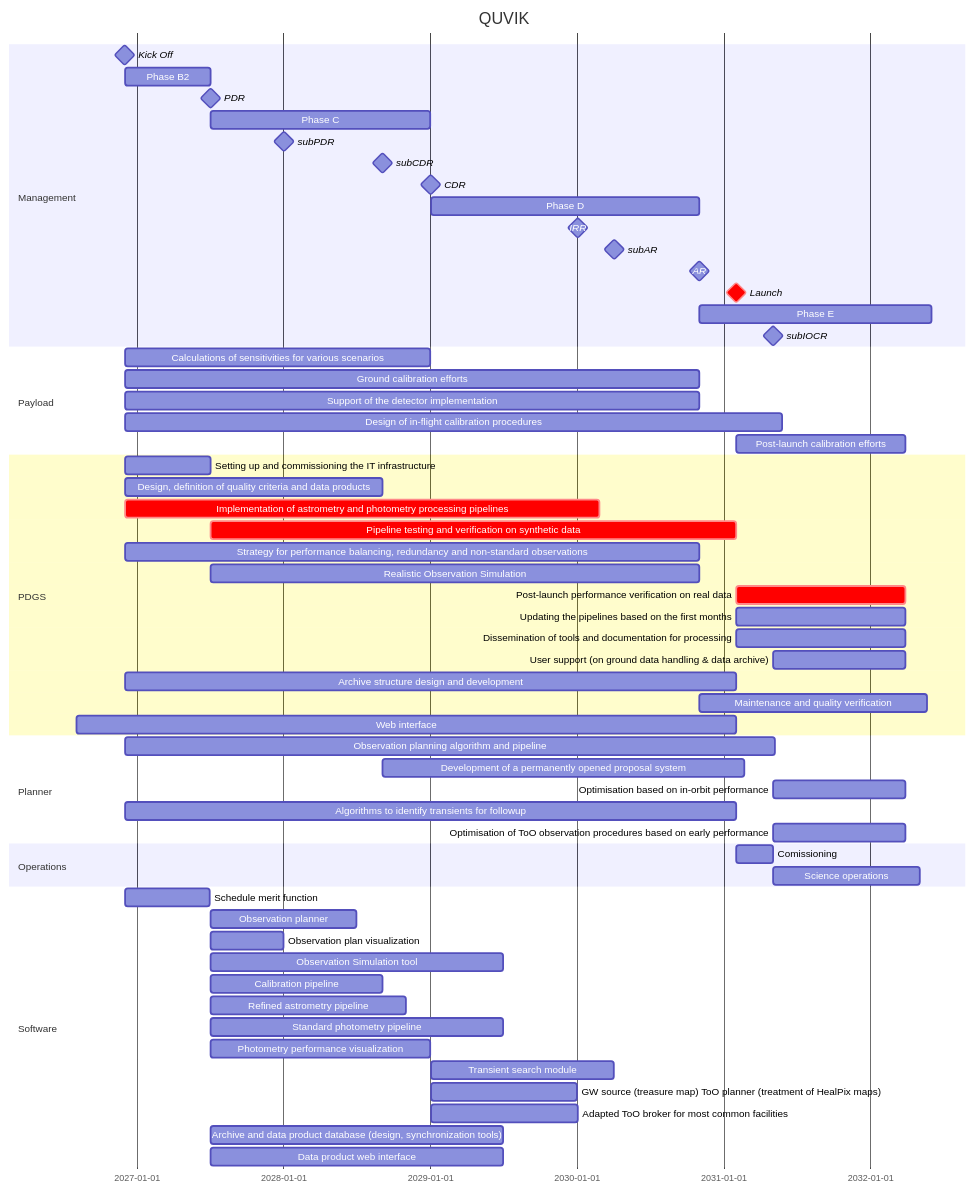
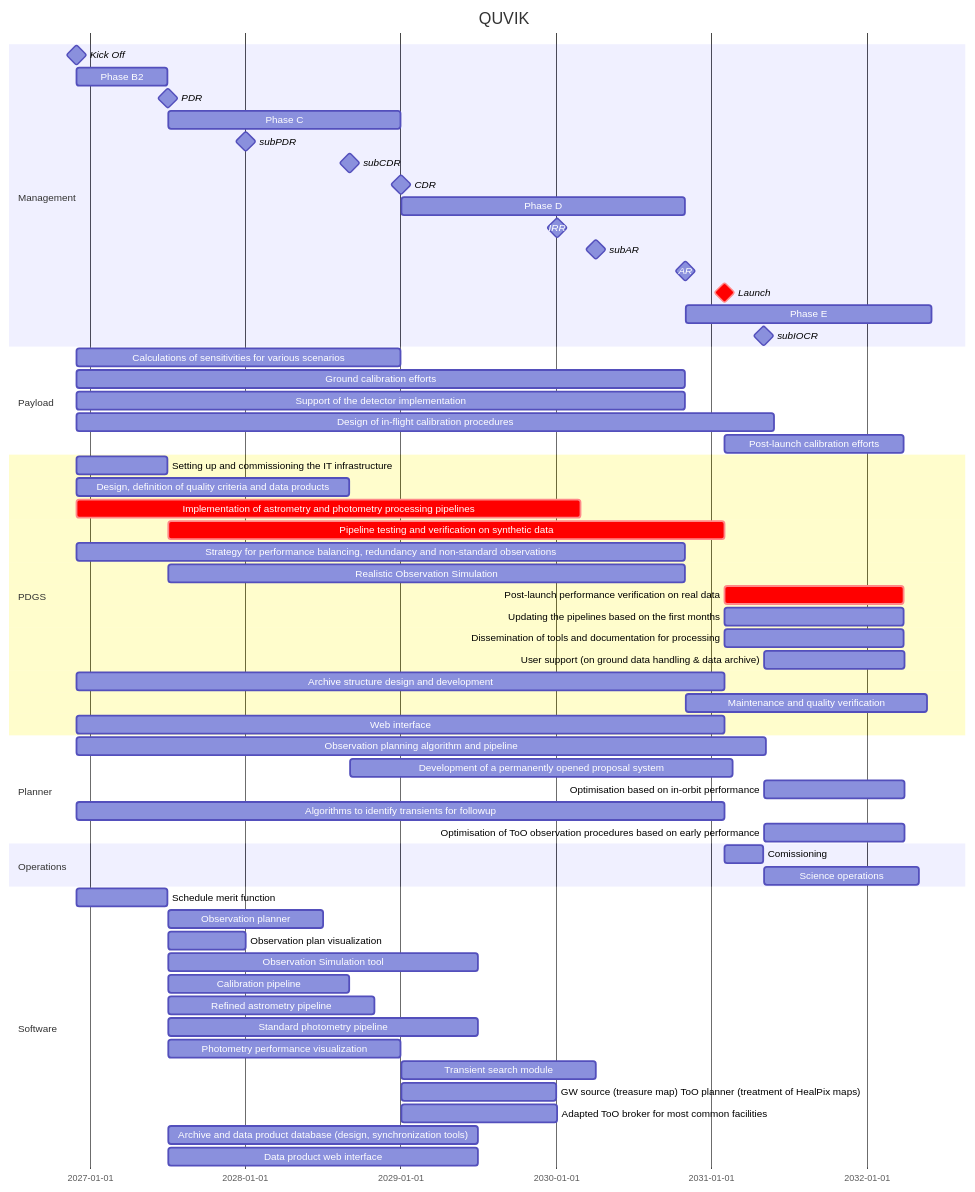
One commit to limu007/quvik changed the diagram in calib/SOC.md. Above: the diagram before and after it, drawn with Mermaid.

````diff
--- a/calib/SOC.md
+++ b/calib/SOC.md
@@ -1,68 +1,68 @@
 ```mermaid
 gantt
     title QUVIK
     dateFormat  YYYY-MM-DD
     section Management
     Kick Off : milestone, m1, 2026-12-01, 1d
     Phase B2 : b2, after m1, 213d
     PDR : milestone, pdr, after b2, 1d
     Phase C : c1, after pdr, 547d
     subPDR :  milestone, sp1, after SD-3, 1d
     subCDR :  milestone, sc1, after SD-5, 1d
     CDR : milestone, cdr, after c1, 1d
     Phase D : d1, after cdr, 668d
     IRR : milestone, irr, after SD-11, 1d
     subAR: milestone, sar, after SD-9, 1d
     AR : milestone, ar, after d1, 1d
     Launch : crit, milestone, frr, after fol, 1d
     Phase E : e1, after ar, 578d
     subIOCR : milestone, iocr, after e2, 1d
 
     section Payload
     Calculations of sensitivities for various scenarios :  after m1 , until cdr
     Ground calibration efforts :  after m1 , until ar
     Support of the detector implementation :  after m1 , until ar 
     Design of in-flight calibration procedures :  dcal, after m1 , 234w
     Post-launch calibration efforts : after frr , 420d
 
     section PDGS
     Setting up and commissioning the IT infrastructure : after m1, until pdr
     Design, definition of quality criteria and data products : 	des, after m1	, until sc1
     Implementation of astrometry and photometry processing pipelines :crit, imp, after m1 , 169w
     Pipeline testing and verification on synthetic data :crit,  pp, after pdr, until frr
     Strategy for performance balancing, redundancy and non-standard observations :  after m1 , until ar
     Realistic Observation Simulation :  after pdr , until ar
     Post-launch performance verification on real data :crit,   after frr , 420d
     Updating the pipelines based on the first months :  after frr , 420d
     Dissemination of tools and documentation for processing :  after frr , 420d
      User support (on ground data handling & data archive) :  after iocr , 330d
      Archive structure design and development :  after m1 , until frr
      Maintenance and quality verification :  after ar , 81w
-     Web interface :  after ko , until frr
+     Web interface :  after m1 , until frr
 
     section Planner
     Observation planning algorithm and pipeline :  after m1 , 1620d
     Development of a permanently opened proposal system : after sc1 , 900d
     Optimisation based on in-orbit performance :  after iocr , 330d
     Algorithms to identify transients for followup : fol, after m1 , 1522d
     Optimisation of ToO observation procedures based on early performance :  after iocr , 330d
 
     section Operations
     Comissioning : e2, after frr, 13w
     Science operations : e3, after iocr, 52w
 
     section Software
         Schedule merit function: SD-2, after m1, 212d
         Observation planner: SD-2, after pdr, 364d
         Observation plan visualization: SD-3, after pdr, 182d
         Observation Simulation tool: SD-4, after pdr, 729d
         Calibration pipeline: SD-5, after pdr, 427d
         Refined astrometry pipeline: SD-6, after pdr, 486d
         Standard photometry pipeline: SD-7, after pdr, 729d
         Photometry performance visualization: SD-8, after pdr, 547d
         Transient search module: SD-9, after cdr, 457d
         GW source (treasure map) ToO planner (treatment of HealPix maps): SD-10, after cdr, 364d
         Adapted ToO broker for most common facilities: SD-11, after cdr, 366d
         Archive and data product database (design, synchronization tools): SD-12, after pdr, 729d
         Data product web interface: SD-13, after pdr, 729d
 ```
````
